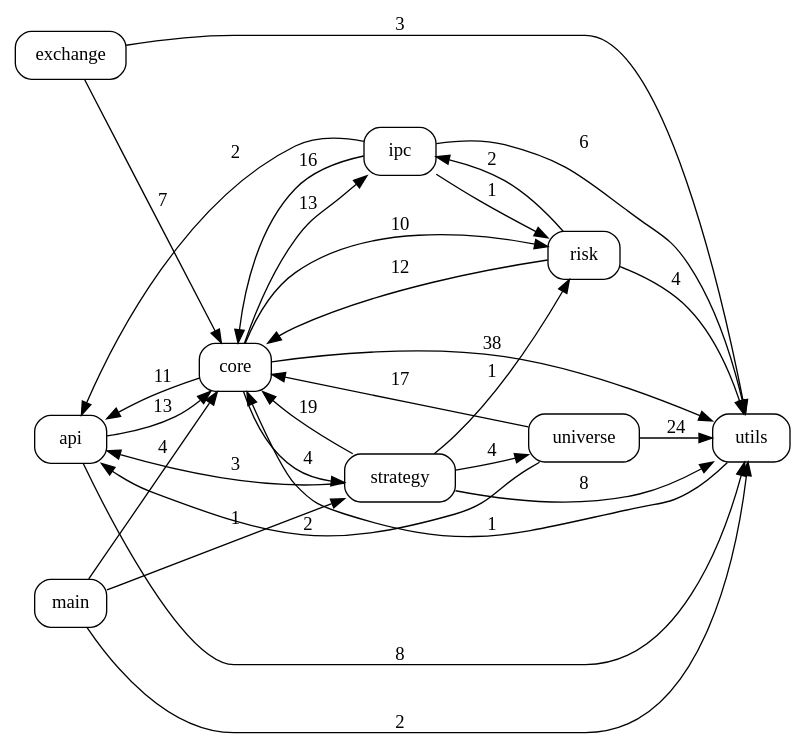
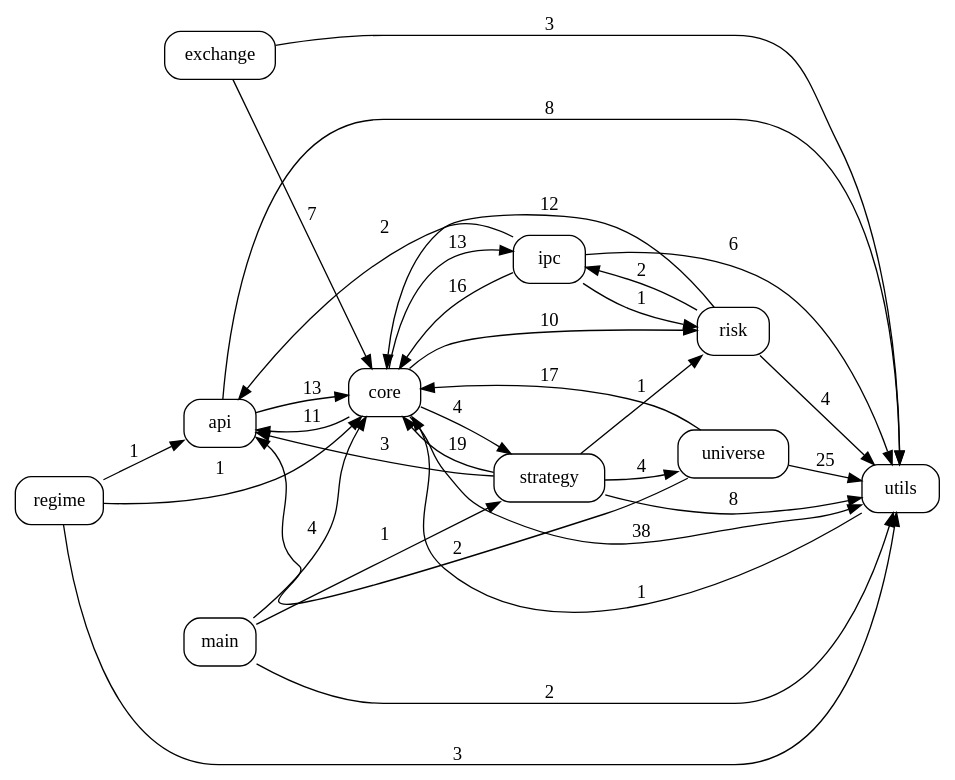
One commit to pypy8171/Quant changed the diagram in docs/code_graph.dot. Above: the diagram before and after it, drawn with Graphviz. The commit also changed 21 other files, not shown here.

```diff
--- a/docs/code_graph.dot
+++ b/docs/code_graph.dot
@@ -1,41 +1,45 @@
 digraph code_graph {
   rankdir=LR;
   node [shape=box, style=rounded, fontname="Consolas"];
   "api";
   "core";
   "exchange";
   "ipc";
   "main";
+  "regime";
   "risk";
   "strategy";
   "universe";
   "utils";
   "api" -> "core" [label="13"];
   "api" -> "utils" [label="8"];
   "core" -> "api" [label="11"];
   "core" -> "ipc" [label="13"];
   "core" -> "risk" [label="10"];
   "core" -> "strategy" [label="4"];
   "core" -> "utils" [label="38"];
   "exchange" -> "core" [label="7"];
   "exchange" -> "utils" [label="3"];
   "ipc" -> "api" [label="2"];
   "ipc" -> "core" [label="16"];
   "ipc" -> "risk" [label="1"];
   "ipc" -> "utils" [label="6"];
   "main" -> "core" [label="4"];
   "main" -> "strategy" [label="1"];
   "main" -> "utils" [label="2"];
+  "regime" -> "api" [label="1"];
+  "regime" -> "core" [label="1"];
+  "regime" -> "utils" [label="3"];
   "risk" -> "core" [label="12"];
   "risk" -> "ipc" [label="2"];
   "risk" -> "utils" [label="4"];
   "strategy" -> "api" [label="3"];
   "strategy" -> "core" [label="19"];
   "strategy" -> "risk" [label="1"];
   "strategy" -> "universe" [label="4"];
   "strategy" -> "utils" [label="8"];
   "universe" -> "api" [label="2"];
   "universe" -> "core" [label="17"];
-  "universe" -> "utils" [label="24"];
+  "universe" -> "utils" [label="25"];
   "utils" -> "core" [label="1"];
 }
```
